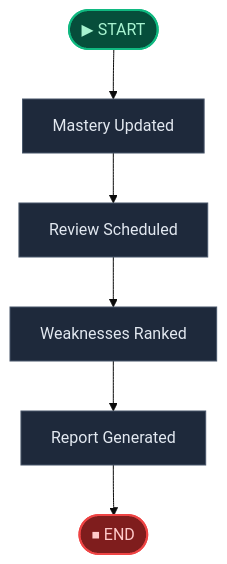
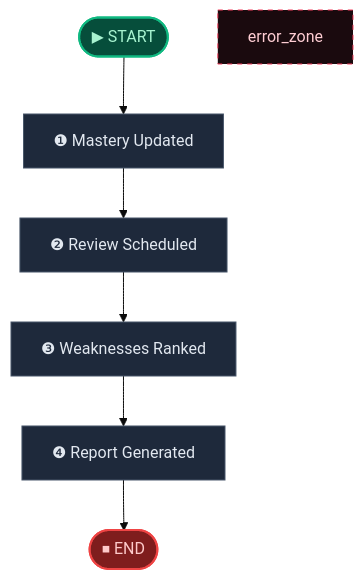
One commit to aiteachme/AITeachMe changed the diagram in backend/scripts/.generated_workflow_diagrams/profile.md. Above: the diagram before and after it, drawn with Mermaid (base theme). The commit also changed other lines of this file and 6 other files, not shown here.

````diff
--- a/backend/scripts/.generated_workflow_diagrams/profile.md
+++ b/backend/scripts/.generated_workflow_diagrams/profile.md
@@ -9,23 +11,25 @@
 ```mermaid
 flowchart TD
     __start__(["▶ START"])
-    mastery_updated["Mastery Updated"]
-    review_scheduled["Review Scheduled"]
-    weaknesses_ranked["Weaknesses Ranked"]
-    report_generated["Report Generated"]
+    mastery_updated["❶ Mastery Updated"]
+    review_scheduled["❷ Review Scheduled"]
+    weaknesses_ranked["❸ Weaknesses Ranked"]
+    report_generated["❹ Report Generated"]
     __end__(["⏹ END"])
 
     __start__ --> mastery_updated
     mastery_updated --> review_scheduled
     review_scheduled --> weaknesses_ranked
     weaknesses_ranked --> report_generated
     report_generated --> __end__
 
     %% ── Styling ──
     classDef startCls fill:#064e3b,stroke:#10b981,stroke-width:2px,color:#a7f3d0
     classDef endCls fill:#7f1d1d,stroke:#ef4444,stroke-width:2px,color:#fecaca
     classDef failCls fill:#4c0519,stroke:#f43f5e,stroke-width:2px,color:#fecdd3
+    classDef termCls fill:#1e3a5f,stroke:#3b82f6,stroke-width:2px,color:#93c5fd
     classDef default fill:#1e293b,stroke:#475569,stroke-width:1px,color:#e2e8f0
+    style error_zone fill:#1a0a0e,stroke:#f43f5e,stroke-width:1px,color:#fecdd3,stroke-dasharray:5
     class __start__ startCls
     class __end__ endCls
 ```
````
